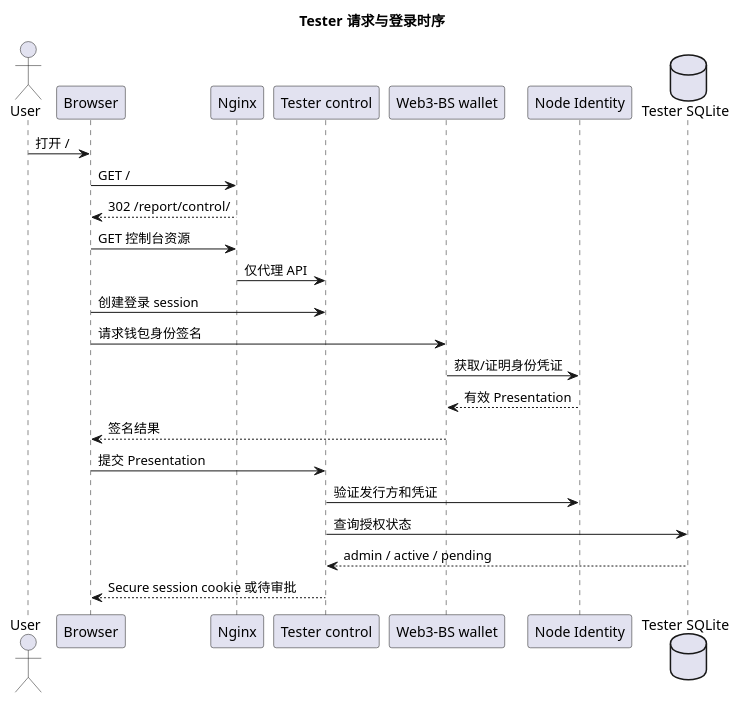
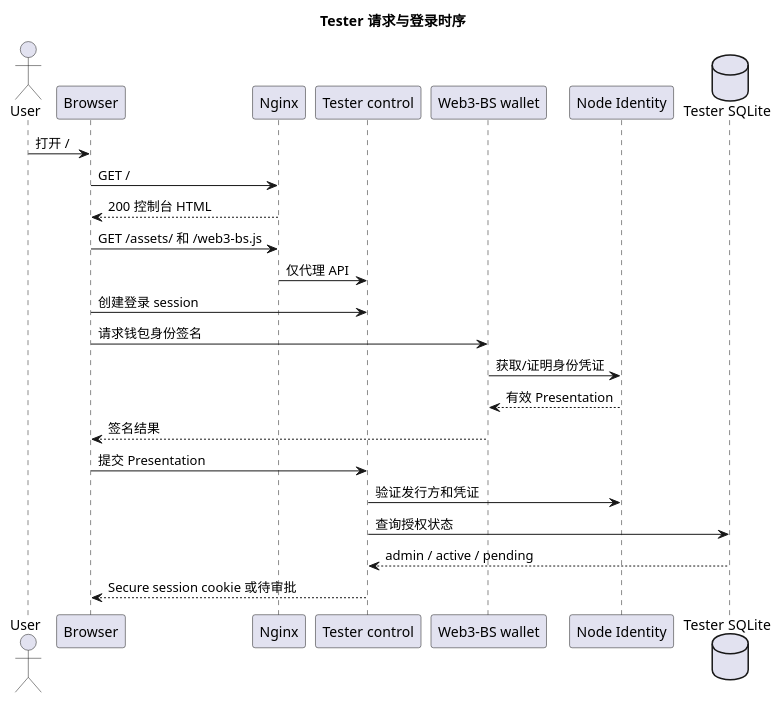
The second of 2 diagrams in docs/deployment.md (liuppx/tester), drawn with PlantUML before and after one commit. The commit also changed other lines of this file and 15 other files, not shown here.

````diff
--- a/docs/deployment.md
+++ b/docs/deployment.md
@@ -130,27 +130,27 @@
 ```plantuml
 @startuml
 title Tester 请求与登录时序
 actor User
 participant Browser
 participant Nginx
 participant "Tester control" as Control
 participant "Web3-BS wallet" as Wallet
 participant "Node Identity" as Identity
 database "Tester SQLite" as DB
 User -> Browser : 打开 /
 Browser -> Nginx : GET /
-Nginx --> Browser : 302 /report/control/
-Browser -> Nginx : GET 控制台资源
+Nginx --> Browser : 200 控制台 HTML
+Browser -> Nginx : GET /assets/ 和 /web3-bs.js
 Nginx -> Control : 仅代理 API
 Browser -> Control : 创建登录 session
 Browser -> Wallet : 请求钱包身份签名
 Wallet -> Identity : 获取/证明身份凭证
 Identity --> Wallet : 有效 Presentation
 Wallet --> Browser : 签名结果
 Browser -> Control : 提交 Presentation
 Control -> Identity : 验证发行方和凭证
 Control -> DB : 查询授权状态
 DB --> Control : admin / active / pending
 Control --> Browser : Secure session cookie 或待审批
 @enduml
 ```
````
